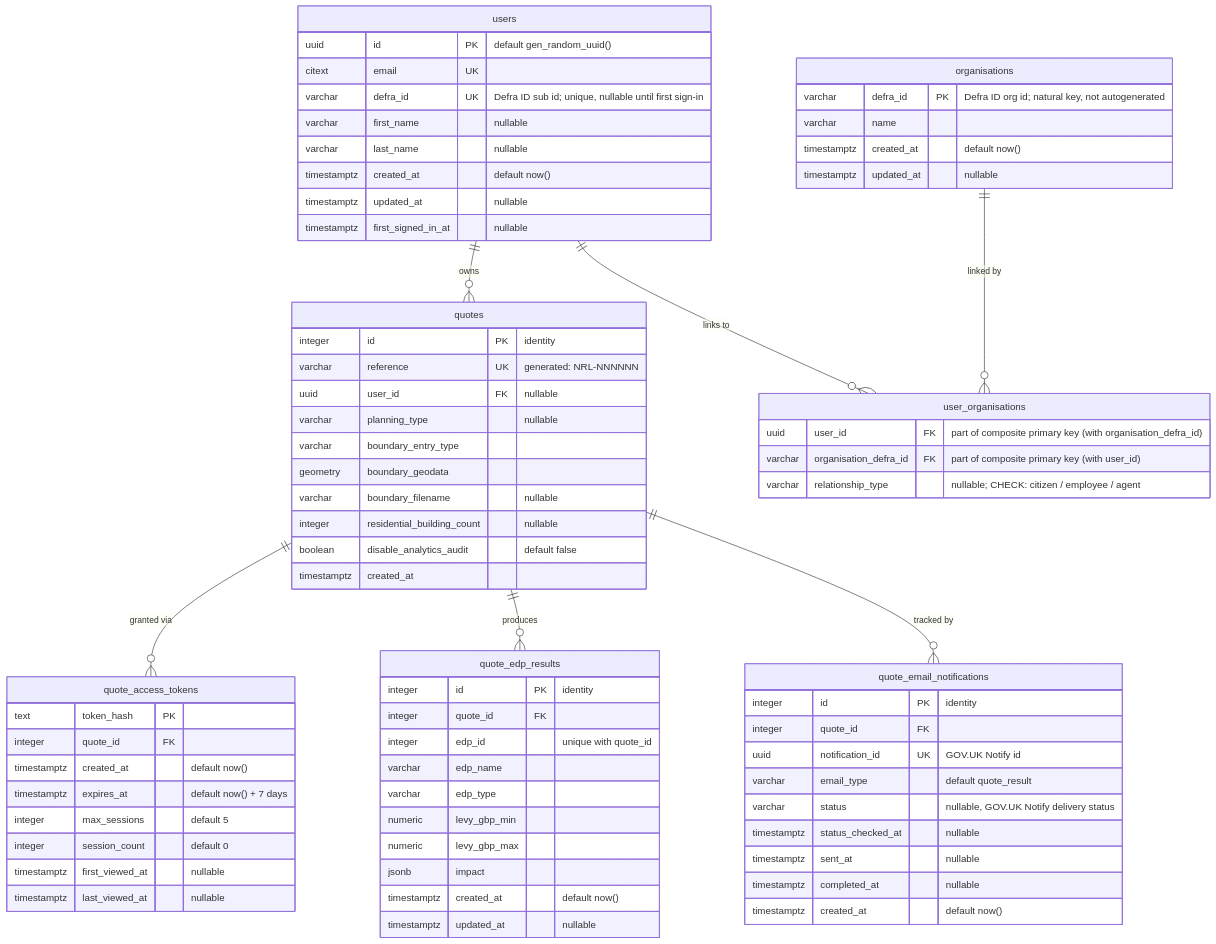
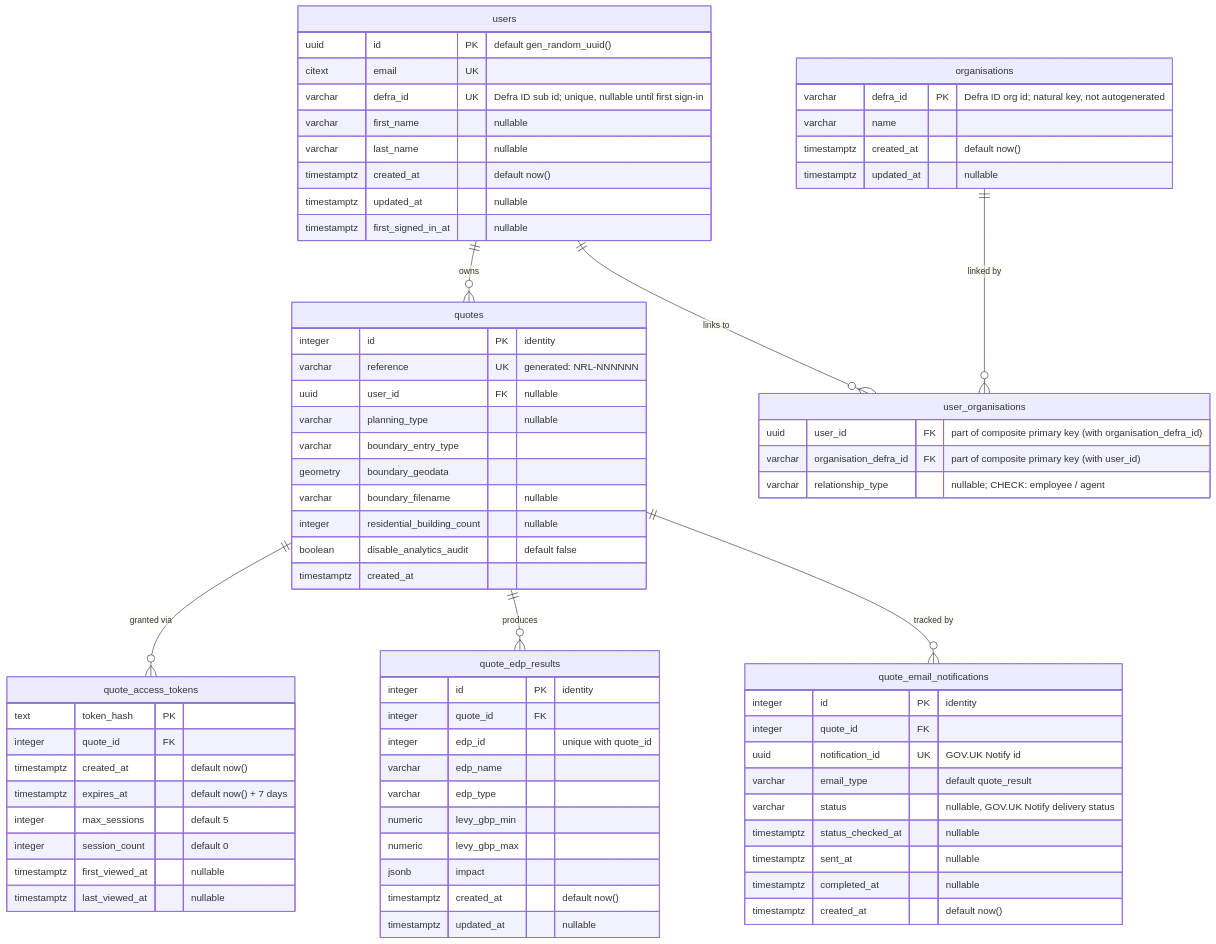
Before and after one commit to DEFRA/nrf-backend: the diagram in docs/quote-database-diagram.md, drawn with Mermaid. The commit also changed 1 other file, not shown here.

Commit message:
Citizen isn't a valid value for user_organisations table

````diff
--- a/docs/quote-database-diagram.md
+++ b/docs/quote-database-diagram.md
@@ -10,82 +10,82 @@
 ```mermaid
 erDiagram
     users ||--o{ quotes : "owns"
     quotes ||--o{ quote_access_tokens : "granted via"
     quotes ||--o{ quote_edp_results : "produces"
     quotes ||--o{ quote_email_notifications : "tracked by"
     users ||--o{ user_organisations : "links to"
     organisations ||--o{ user_organisations : "linked by"
 
     users {
         uuid id PK "default gen_random_uuid()"
         citext email UK
         varchar defra_id UK "Defra ID sub id; unique, nullable until first sign-in"
         varchar first_name "nullable"
         varchar last_name "nullable"
         timestamptz created_at "default now()"
         timestamptz updated_at "nullable"
         timestamptz first_signed_in_at "nullable"
     }
 
     organisations {
         varchar defra_id PK "Defra ID org id; natural key, not autogenerated"
         varchar name
         timestamptz created_at "default now()"
         timestamptz updated_at "nullable"
     }
 
     user_organisations {
         uuid user_id FK "part of composite primary key (with organisation_defra_id)"
         varchar organisation_defra_id FK "part of composite primary key (with user_id)"
-        varchar relationship_type "nullable; CHECK: citizen / employee / agent"
+        varchar relationship_type "nullable; CHECK: employee / agent"
     }
 
     quotes {
         integer id PK "identity"
         varchar reference UK "generated: NRL-NNNNNN"
         uuid user_id FK "nullable"
         varchar planning_type "nullable"
         varchar boundary_entry_type
         geometry boundary_geodata
         varchar boundary_filename "nullable"
         integer residential_building_count "nullable"
         boolean disable_analytics_audit "default false"
         timestamptz created_at
     }
 
     quote_access_tokens {
         text token_hash PK
         integer quote_id FK
         timestamptz created_at "default now()"
         timestamptz expires_at "default now() + 7 days"
         integer max_sessions "default 5"
         integer session_count "default 0"
         timestamptz first_viewed_at "nullable"
         timestamptz last_viewed_at "nullable"
     }
 
     quote_edp_results {
         integer id PK "identity"
         integer quote_id FK
         integer edp_id "unique with quote_id"
         varchar edp_name
         varchar edp_type
         numeric levy_gbp_min
         numeric levy_gbp_max
         jsonb impact
         timestamptz created_at "default now()"
         timestamptz updated_at "nullable"
     }
 
     quote_email_notifications {
         integer id PK "identity"
         integer quote_id FK
         uuid notification_id UK "GOV.UK Notify id"
         varchar email_type "default quote_result"
         varchar status "nullable, GOV.UK Notify delivery status"
         timestamptz status_checked_at "nullable"
         timestamptz sent_at "nullable"
         timestamptz completed_at "nullable"
         timestamptz created_at "default now()"
     }
 ```
````
